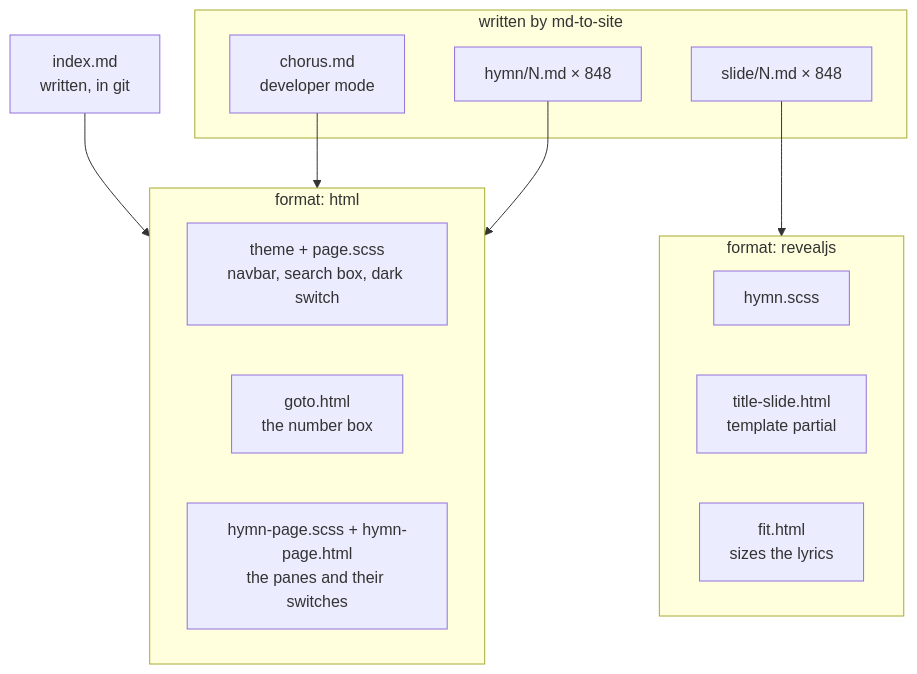
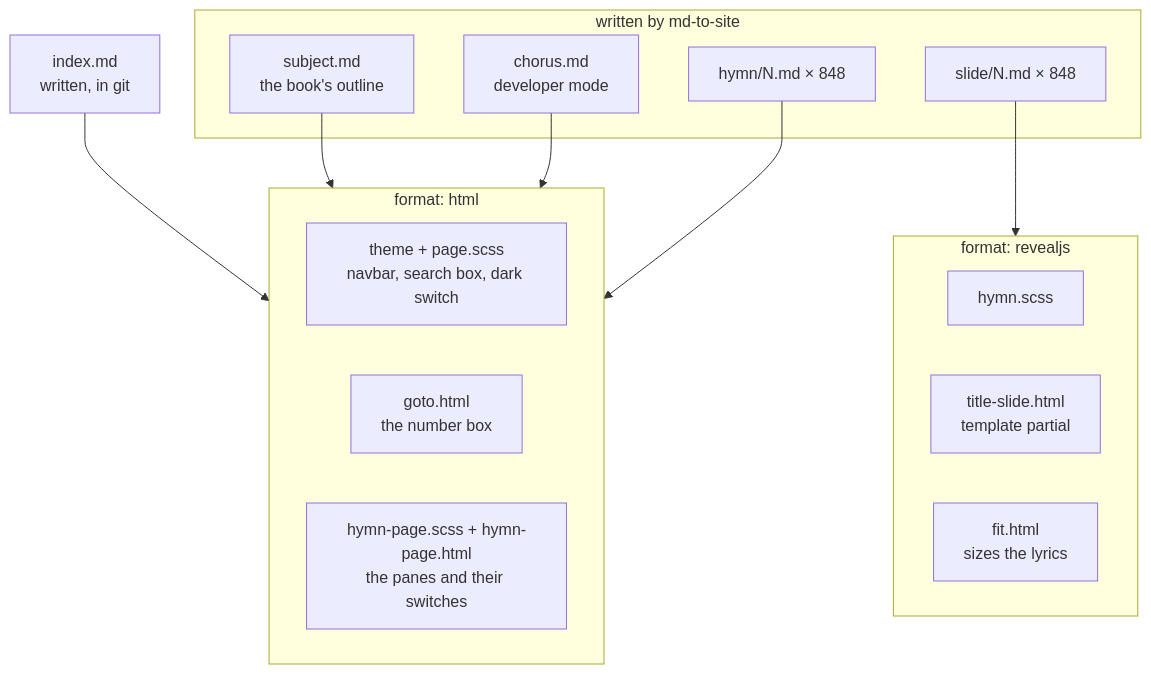
Before and after one commit to ickc/selected-hymns-and-songs: the second of 3 diagrams in DEVELOPER.md, drawn with Mermaid. The commit also changed other lines of this file and 15 other files, not shown here.

````diff
--- a/DEVELOPER.md
+++ b/DEVELOPER.md
@@ -219,27 +284,29 @@
 ```mermaid
 flowchart TD
   idx["index.md<br/>written, in git"]
 
   subgraph gen["written by md-to-site"]
+    sub["subject.md<br/>the book's outline"]
     chr["chorus.md<br/>developer mode"]
     dck["slide/N.md × 848"]
     pge["hymn/N.md × 848"]
   end
 
   subgraph fmt_html["format: html"]
     theme["theme + page.scss<br/>navbar, search box, dark switch"]
     goto["goto.html<br/>the number box"]
     hpg["hymn-page.scss + hymn-page.html<br/>the panes and their switches"]
   end
 
   subgraph fmt_reveal["format: revealjs"]
     scss["hymn.scss"]
     tsl["title-slide.html<br/>template partial"]
     fit["fit.html<br/>sizes the lyrics"]
   end
 
   idx --> fmt_html
+  sub --> fmt_html
   chr --> fmt_html
   pge --> fmt_html
   dck --> fmt_reveal
 ```
````
